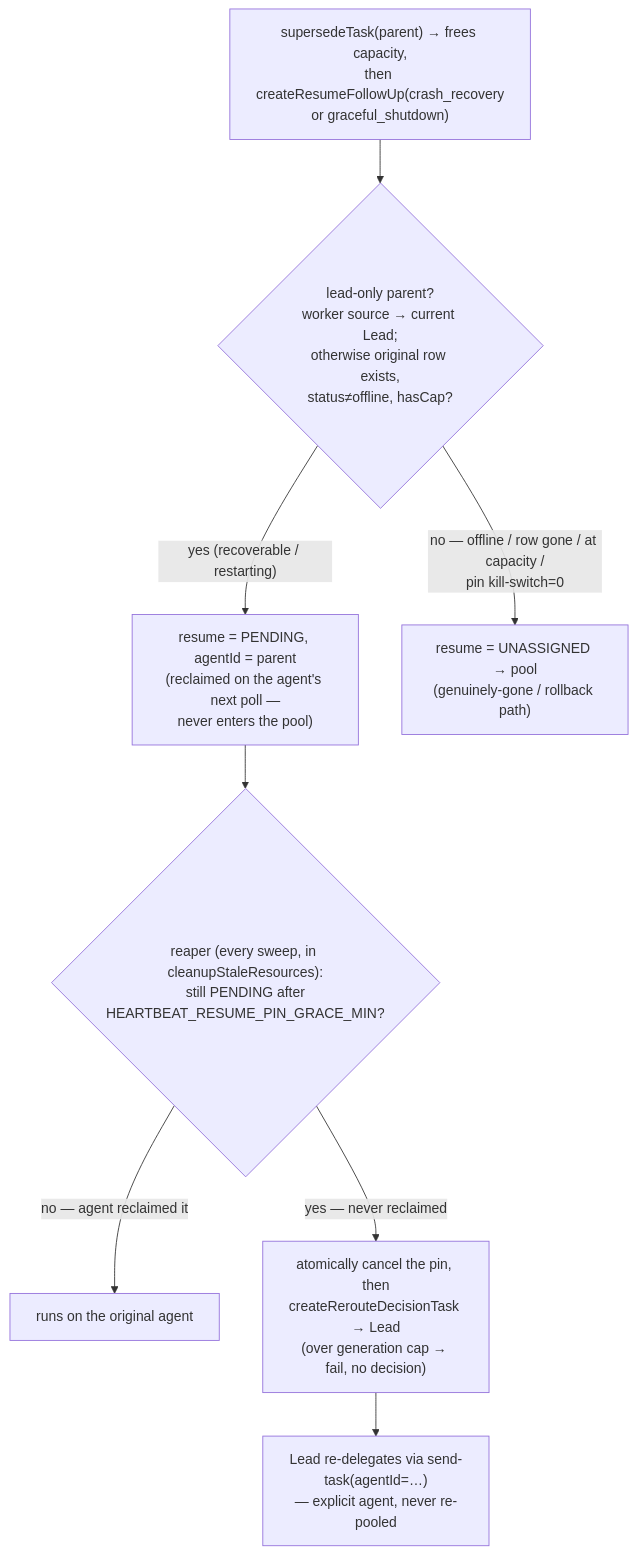
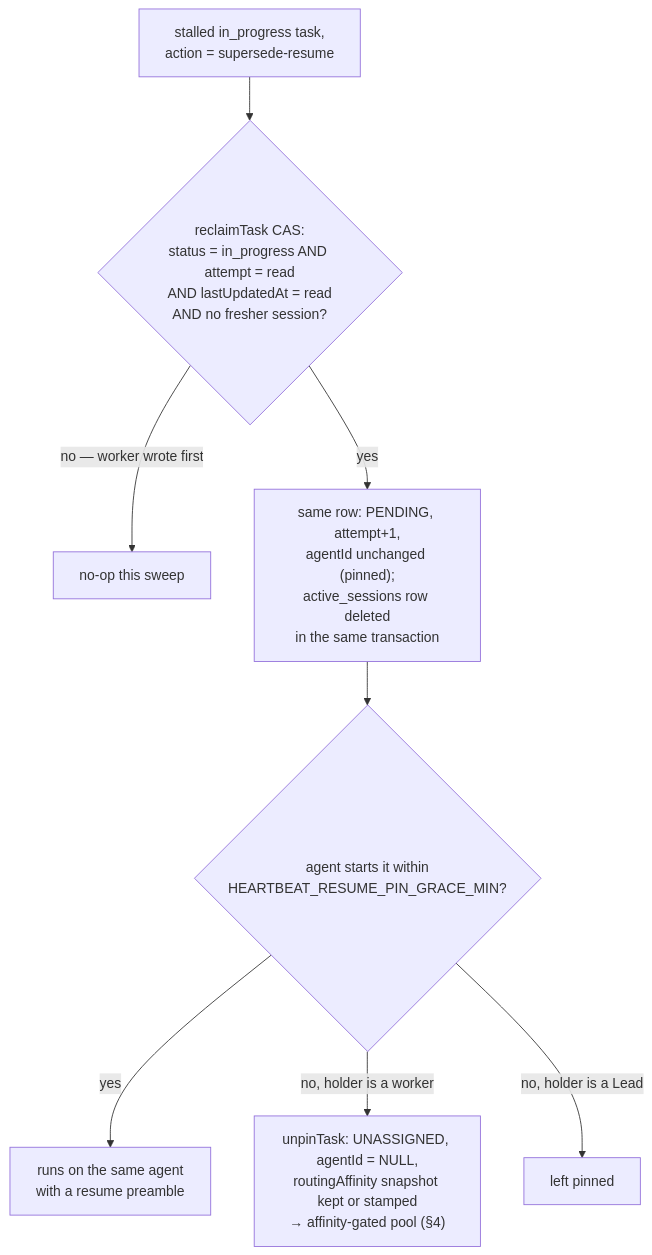
One commit to desplega-ai/agent-swarm changed the third of 4 diagrams in runbooks/heartbeat-crash-recovery.md. Above: the diagram before and after it, drawn with Mermaid. The commit also changed other lines of this file and 30 other files, not shown here.

Commit message:
feat(heartbeat): reclaim stalled tasks in place and unpin unclaimed pins (HeartbeatSimple)

````diff
--- a/runbooks/heartbeat-crash-recovery.md
+++ b/runbooks/heartbeat-crash-recovery.md
@@ -191,11 +187,10 @@
 ```mermaid
 flowchart TD
-  entry["supersedeTask(parent) → frees capacity,<br/>then createResumeFollowUp(crash_recovery<br/>or graceful_shutdown)"]
-  entry --> gate{"lead-only parent?<br/>worker source → current Lead;<br/>otherwise original row exists,<br/>status≠offline, hasCap?"}
-  gate -->|"yes (recoverable / restarting)"| pin["resume = PENDING, agentId = parent<br/>(reclaimed on the agent's next poll —<br/>never enters the pool)"]
-  gate -->|"no — offline / row gone / at capacity /<br/>pin kill-switch=0"| pool["resume = UNASSIGNED → pool<br/>(genuinely-gone / rollback path)"]
-  pin --> reap{"reaper (every sweep, in cleanupStaleResources):<br/>still PENDING after<br/>HEARTBEAT_RESUME_PIN_GRACE_MIN?"}
-  reap -->|"no — agent reclaimed it"| ok["runs on the original agent"]
-  reap -->|"yes — never reclaimed"| esc["atomically cancel the pin, then<br/>createRerouteDecisionTask → Lead<br/>(over generation cap → fail, no decision)"]
-  esc --> lead["Lead re-delegates via send-task(agentId=…)<br/>— explicit agent, never re-pooled"]
+  entry["stalled in_progress task,<br/>action = supersede-resume"] --> cas{"reclaimTask CAS:<br/>status = in_progress AND attempt = read<br/>AND lastUpdatedAt = read<br/>AND no fresher session?"}
+  cas -->|"no — worker wrote first"| noop["no-op this sweep"]
+  cas -->|"yes"| pin["same row: PENDING, attempt+1,<br/>agentId unchanged (pinned);<br/>active_sessions row deleted<br/>in the same transaction"]
+  pin --> poll{"agent starts it within<br/>HEARTBEAT_RESUME_PIN_GRACE_MIN?"}
+  poll -->|"yes"| ok["runs on the same agent<br/>with a resume preamble"]
+  poll -->|"no, holder is a worker"| unpin["unpinTask: UNASSIGNED, agentId = NULL,<br/>routingAffinity snapshot kept or stamped<br/>→ affinity-gated pool (§4)"]
+  poll -->|"no, holder is a Lead"| lead["left pinned"]
 ```
````
